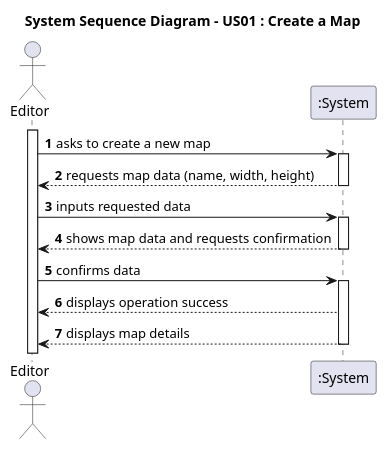
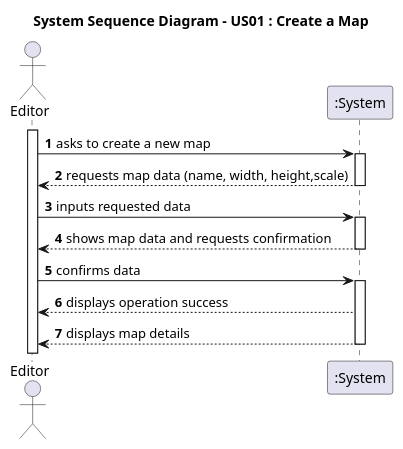
One commit to HenriqueSilva18/Railway-Network-Simulator changed the diagram in docs/system-documentation/Sprint 3/US01/01.requirements-engineering/puml/US01-SSD.puml. Above: the diagram before and after it, drawn with PlantUML. The commit also changed 11 other files, not shown here.

Commit message:
[US01] - Design Artifacts adjustments in coherence with the Map's 'scale' attribute

```diff
--- a/docs/system-documentation/Sprint 3/US01/01.requirements-engineering/puml/US01-SSD.puml
+++ b/docs/system-documentation/Sprint 3/US01/01.requirements-engineering/puml/US01-SSD.puml
@@ -1,25 +1,25 @@
 @startuml
 autonumber
 title "System Sequence Diagram - US01 : Create a Map"
 actor "Editor" as Editor
 participant ":System" as System
 
 activate Editor
 
 Editor -> System: asks to create a new map
 activate System
-System --> Editor: requests map data (name, width, height)
+System --> Editor: requests map data (name, width, height,scale)
 deactivate System
 
 Editor -> System: inputs requested data
 activate System
 System --> Editor: shows map data and requests confirmation
 deactivate System
 
 Editor -> System: confirms data
 activate System
 System --> Editor: displays operation success
 System --> Editor: displays map details
 deactivate System
 
 @enduml
```
